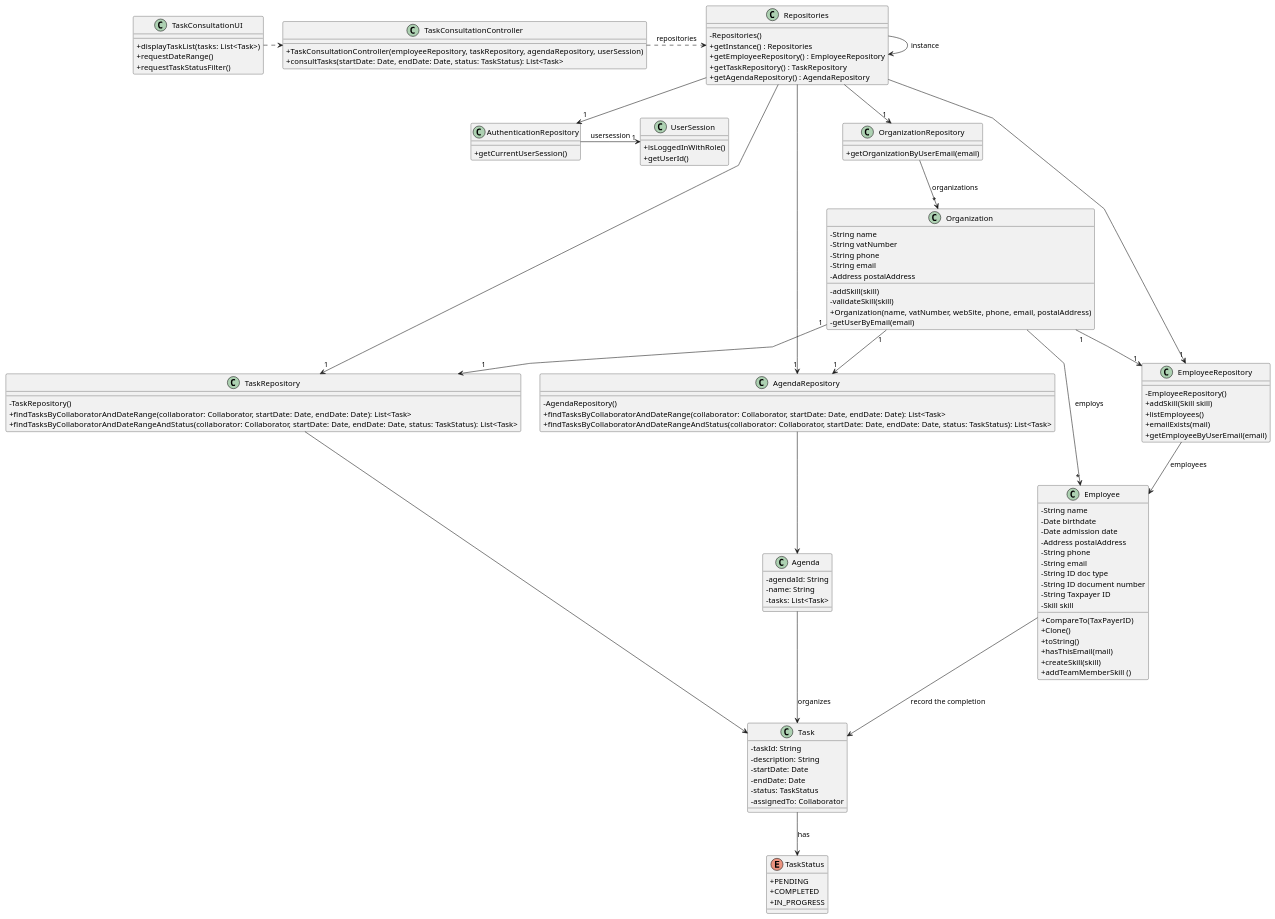
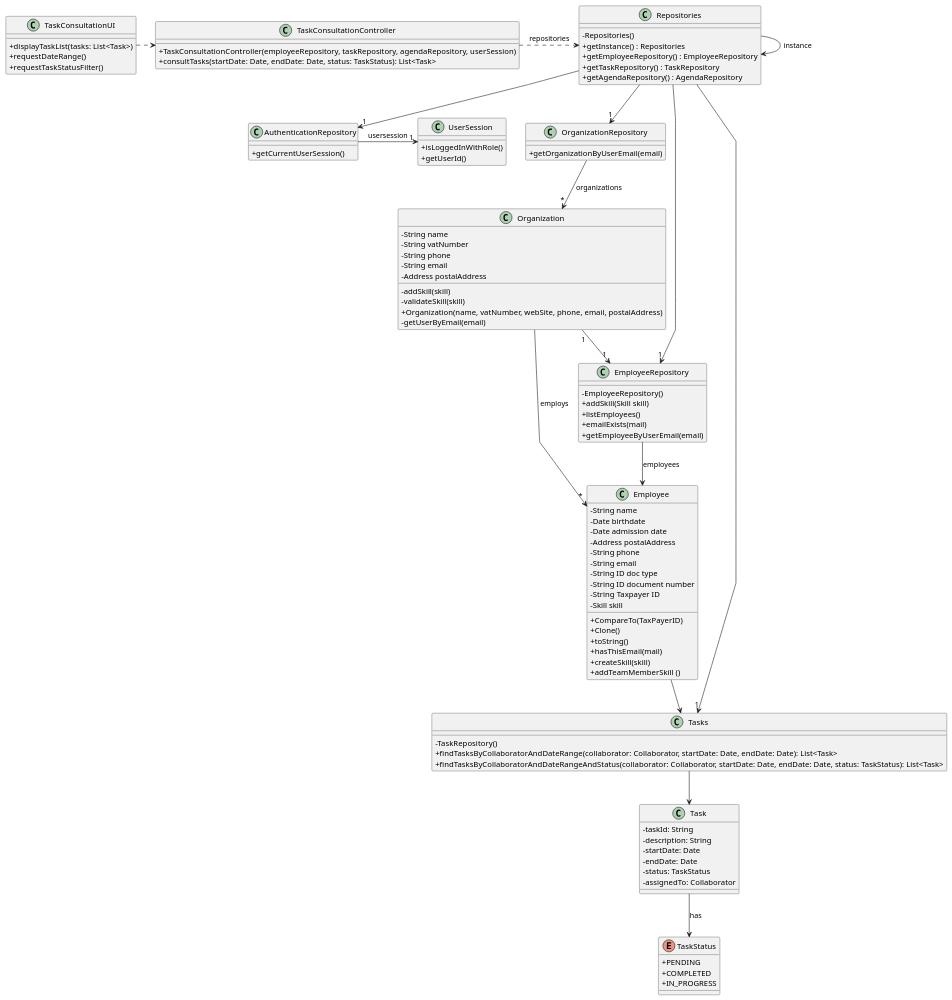
The diagram in docs/sprintC/US029/03.design/puml/us029-class-diagram.puml (Mendoncaa/LAPR2), drawn with PlantUML before and after one commit. The commit also changed 4 other files, not shown here.

Commit message:
Update class diagram (US04, US28, US29); Update system sequence diagram and sequence diagram (US28)

```diff
--- a/docs/sprintC/US029/03.design/puml/us029-class-diagram.puml
+++ b/docs/sprintC/US029/03.design/puml/us029-class-diagram.puml
@@ -1,141 +1,122 @@
 @startuml
 'skinparam monochrome true
 skinparam packageStyle rectangle
 skinparam shadowing false
 skinparam linetype polyline
 'skinparam linetype orto
 
 skinparam classAttributeIconSize 0
 
 'left to right direction
 
 
 class TaskConsultationUI {
     + displayTaskList(tasks: List<Task>)
     + requestDateRange()
     + requestTaskStatusFilter()
 }
 
 class TaskConsultationController {
     + TaskConsultationController(employeeRepository, taskRepository, agendaRepository, userSession)
     + consultTasks(startDate: Date, endDate: Date, status: TaskStatus): List<Task>
 }
 
 class Repositories {
     - Repositories()
     + getInstance() : Repositories
     + getEmployeeRepository() : EmployeeRepository
     + getTaskRepository() : TaskRepository
     + getAgendaRepository() : AgendaRepository
 }
 
 class OrganizationRepository {
     + getOrganizationByUserEmail(email)
 }
 
 class Organization {
     - String name
     - String vatNumber
     - String phone
     - String email
     - Address postalAddress
     - addSkill(skill)
     - validateSkill(skill)
     + Organization(name, vatNumber, webSite, phone, email, postalAddress)
     - getUserByEmail(email)
 }
 
 class AuthenticationRepository {
     + getCurrentUserSession()
 }
 
 class UserSession {
     + isLoggedInWithRole()
     + getUserId()
 }
 
 class EmployeeRepository {
     - EmployeeRepository()
     + addSkill(Skill skill)
     + listEmployees()
     + emailExists(mail)
     + getEmployeeByUserEmail(email)
 }
 
 class Employee {
     - String name
     - Date birthdate
     - Date admission date
     - Address postalAddress
     - String phone
     - String email
     - String ID doc type
     - String ID document number
     - String Taxpayer ID
     - Skill skill
     + CompareTo(TaxPayerID)
     + Clone()
     + toString()
     + hasThisEmail(mail)
     + createSkill(skill)
     + addTeamMemberSkill ()
 }
 
 
-class TaskRepository {
+class Tasks {
     - TaskRepository()
     + findTasksByCollaboratorAndDateRange(collaborator: Collaborator, startDate: Date, endDate: Date): List<Task>
     + findTasksByCollaboratorAndDateRangeAndStatus(collaborator: Collaborator, startDate: Date, endDate: Date, status: TaskStatus): List<Task>
 }
 
 class Task {
     - taskId: String
     - description: String
     - startDate: Date
     - endDate: Date
     - status: TaskStatus
     - assignedTo: Collaborator
 }
 
 enum TaskStatus {
     + PENDING
     + COMPLETED
     + IN_PROGRESS
 }
 
-class AgendaRepository {
-    - AgendaRepository()
-    + findTasksByCollaboratorAndDateRange(collaborator: Collaborator, startDate: Date, endDate: Date): List<Task>
-    + findTasksByCollaboratorAndDateRangeAndStatus(collaborator: Collaborator, startDate: Date, endDate: Date, status: TaskStatus): List<Task>
-}
-
-class Agenda {
-    - agendaId: String
-    - name: String
-    - tasks: List<Task>
-}
-
-
-
 Repositories -> Repositories : instance
 TaskConsultationUI .> TaskConsultationController
 Repositories --> "1" OrganizationRepository
 OrganizationRepository --> "*" Organization : organizations
 Organization "1" --> "1" EmployeeRepository
 Organization  --> "*" Employee : employs
-Organization "1" --> "1" TaskRepository
-Organization "1" --> "1" AgendaRepository
 TaskConsultationController .> Repositories : repositories
 Repositories --> "1" AuthenticationRepository
 Repositories --> "1" EmployeeRepository
-Repositories --> "1" TaskRepository
-Repositories --> "1" AgendaRepository
+Repositories --> "1" Tasks
 AuthenticationRepository -> "1" UserSession : usersession
 EmployeeRepository --> Employee : employees
-TaskRepository --> Task
+Tasks --> Task
 Task --> TaskStatus : has
-AgendaRepository --> Agenda
-Agenda --> Task : organizes
-Employee --> Task : record the completion
+Employee --> Tasks
 
 @enduml
```
